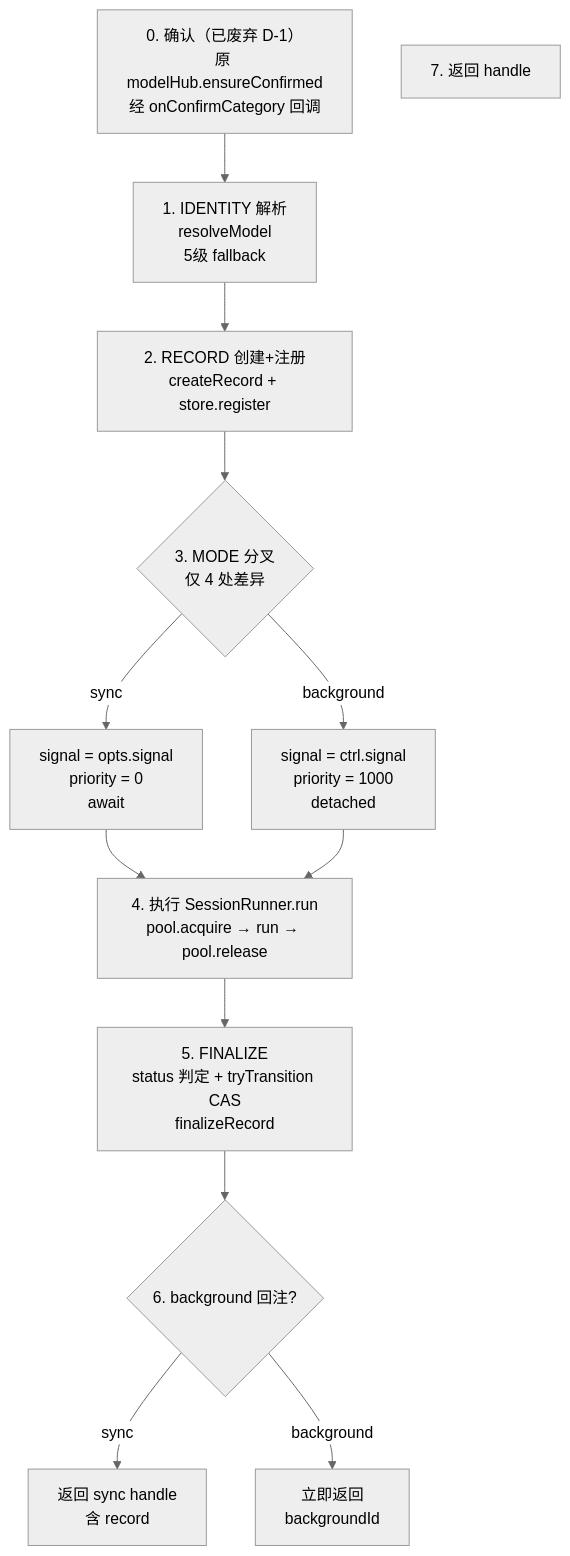
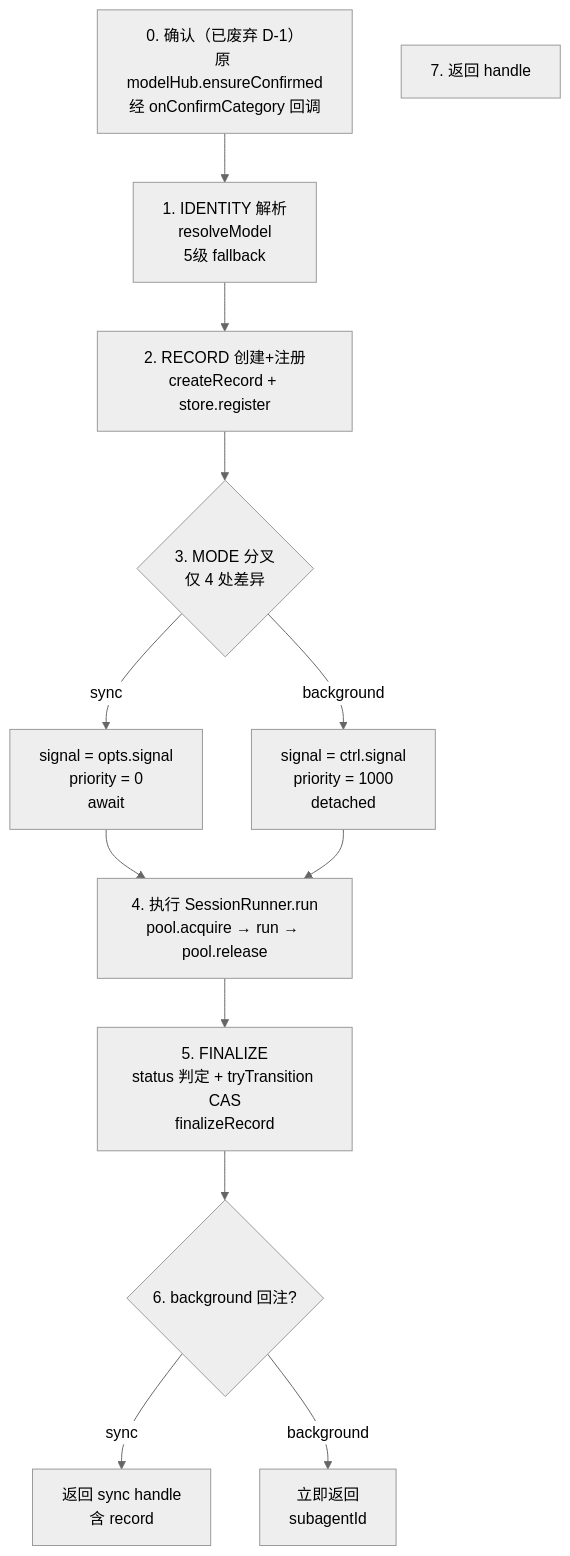
One commit to zhushanwen321/xyz-pi-extensions changed the first of 3 diagrams in docs/subagents/execution-flow.md. Above: the diagram before and after it, drawn with Mermaid (neutral theme). The commit also changed other lines of this file and 38 other files, not shown here.

````diff
--- a/docs/subagents/execution-flow.md
+++ b/docs/subagents/execution-flow.md
@@ -22,20 +22,20 @@
 ```mermaid
 flowchart TD
     S0[0. 确认（已废弃 D-1）<br/>原 modelHub.ensureConfirmed<br/>经 onConfirmCategory 回调]
     S1[1. IDENTITY 解析<br/>resolveModel<br/>5级 fallback]
     S2[2. RECORD 创建+注册<br/>createRecord + store.register]
     S3{3. MODE 分叉<br/>仅 4 处差异}
     S4[4. 执行 SessionRunner.run<br/>pool.acquire → run → pool.release]
     S5[5. FINALIZE<br/>status 判定 + tryTransition CAS<br/>finalizeRecord]
     S6{6. background 回注?}
     S7[7. 返回 handle]
 
     S0 --> S1 --> S2 --> S3
     S3 -->|sync| S4a[signal = opts.signal<br/>priority = 0<br/>await]
     S3 -->|background| S4b[signal = ctrl.signal<br/>priority = 1000<br/>detached]
     S4a --> S4
     S4b --> S4
     S4 --> S5 --> S6
     S6 -->|sync| S7a[返回 sync handle<br/>含 record]
-    S6 -->|background| S7b[立即返回<br/>backgroundId]
+    S6 -->|background| S7b[立即返回<br/>subagentId]
 ```
````
